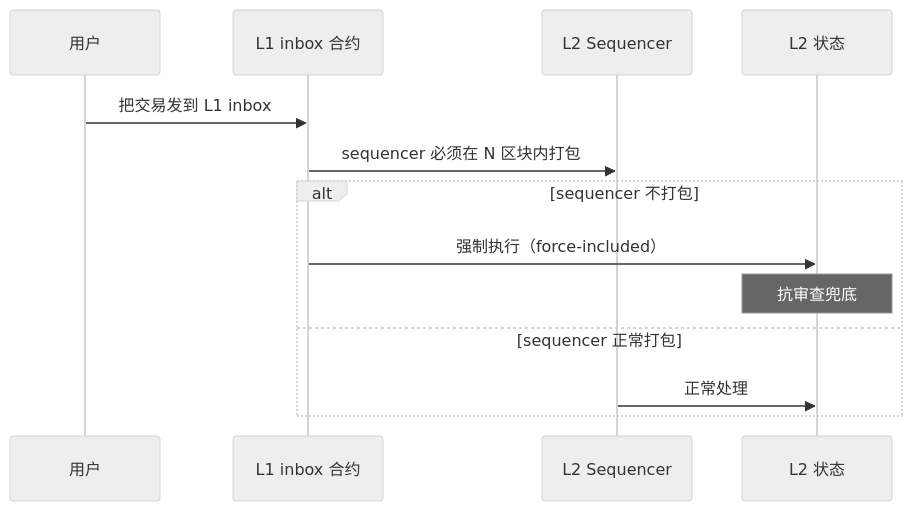
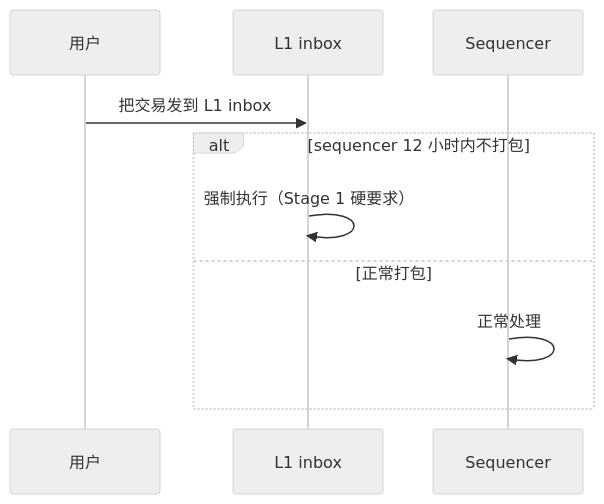
The fifth of 13 diagrams in web3-engineer-guide/07-L2与扩容/README.md (ChuwuYo/misc-files), drawn with Mermaid (neutral theme) before and after one commit. The commit also changed other lines of this file and 211 other files, not shown here.

````diff
--- a/web3-engineer-guide/07-L2与扩容/README.md
+++ b/web3-engineer-guide/07-L2与扩容/README.md
@@ -281,16 +138,12 @@
 ```mermaid
 sequenceDiagram
     participant U as 用户
-    participant L1 as L1 inbox 合约
-    participant S as L2 Sequencer
-    participant L2 as L2 状态
-
+    participant L1 as L1 inbox
+    participant S as Sequencer
     U->>L1: 把交易发到 L1 inbox
-    L1->>S: sequencer 必须在 N 区块内打包
-    alt sequencer 不打包
-        L1->>L2: 强制执行（force-included）
-        Note over L2: 抗审查兜底
-    else sequencer 正常打包
-        S->>L2: 正常处理
+    alt sequencer 12 小时内不打包
+        L1->>L1: 强制执行（Stage 1 硬要求）
+    else 正常打包
+        S->>S: 正常处理
     end
 ```
````
